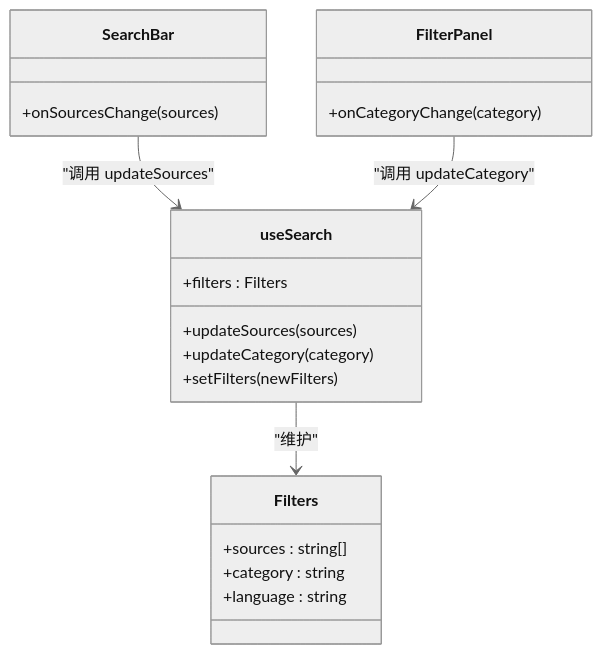
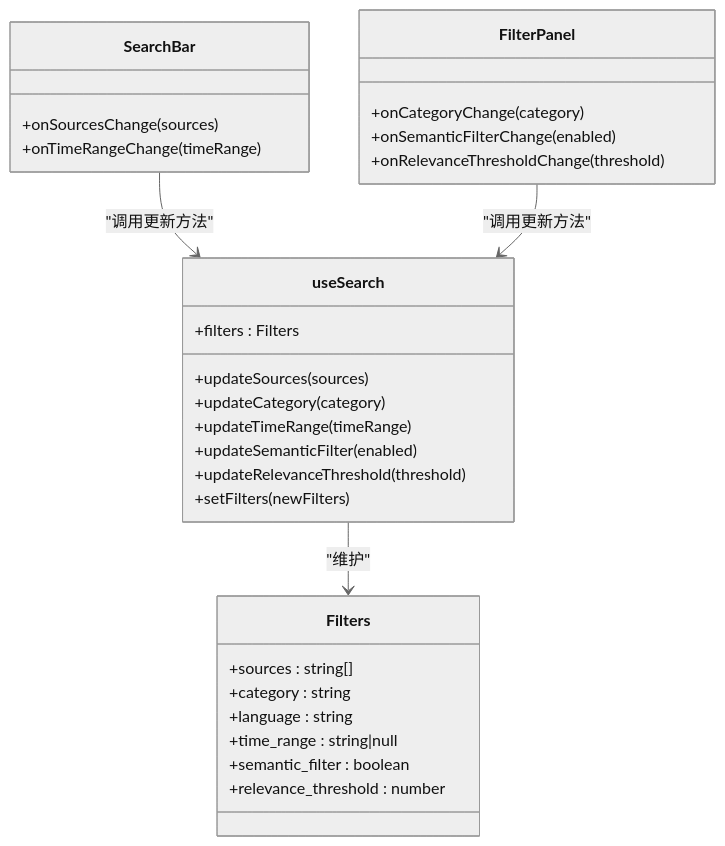
The sixth of 9 diagrams in .qoder/repowiki/zh/content/前端开发指南/自定义Hook系统/useSearch Hook.md (wangdy21/search_is_all_you_need), drawn with Mermaid (neutral theme) before and after one commit. The commit also changed other lines of this file and 11 other files, not shown here.

````diff
--- a/.qoder/repowiki/zh/content/前端开发指南/自定义Hook系统/useSearch Hook.md
+++ b/.qoder/repowiki/zh/content/前端开发指南/自定义Hook系统/useSearch Hook.md
@@ -208,23 +332,32 @@
 ```mermaid
 classDiagram
 class Filters {
 +sources : string[]
 +category : string
 +language : string
++time_range : string|null
++semantic_filter : boolean
++relevance_threshold : number
 }
 class useSearch {
 +filters : Filters
 +updateSources(sources)
 +updateCategory(category)
++updateTimeRange(timeRange)
++updateSemanticFilter(enabled)
++updateRelevanceThreshold(threshold)
 +setFilters(newFilters)
 }
 class SearchBar {
 +onSourcesChange(sources)
++onTimeRangeChange(timeRange)
 }
 class FilterPanel {
 +onCategoryChange(category)
++onSemanticFilterChange(enabled)
++onRelevanceThresholdChange(threshold)
 }
 useSearch --> Filters : "维护"
-SearchBar --> useSearch : "调用 updateSources"
-FilterPanel --> useSearch : "调用 updateCategory"
+SearchBar --> useSearch : "调用更新方法"
+FilterPanel --> useSearch : "调用更新方法"
 ```
````
